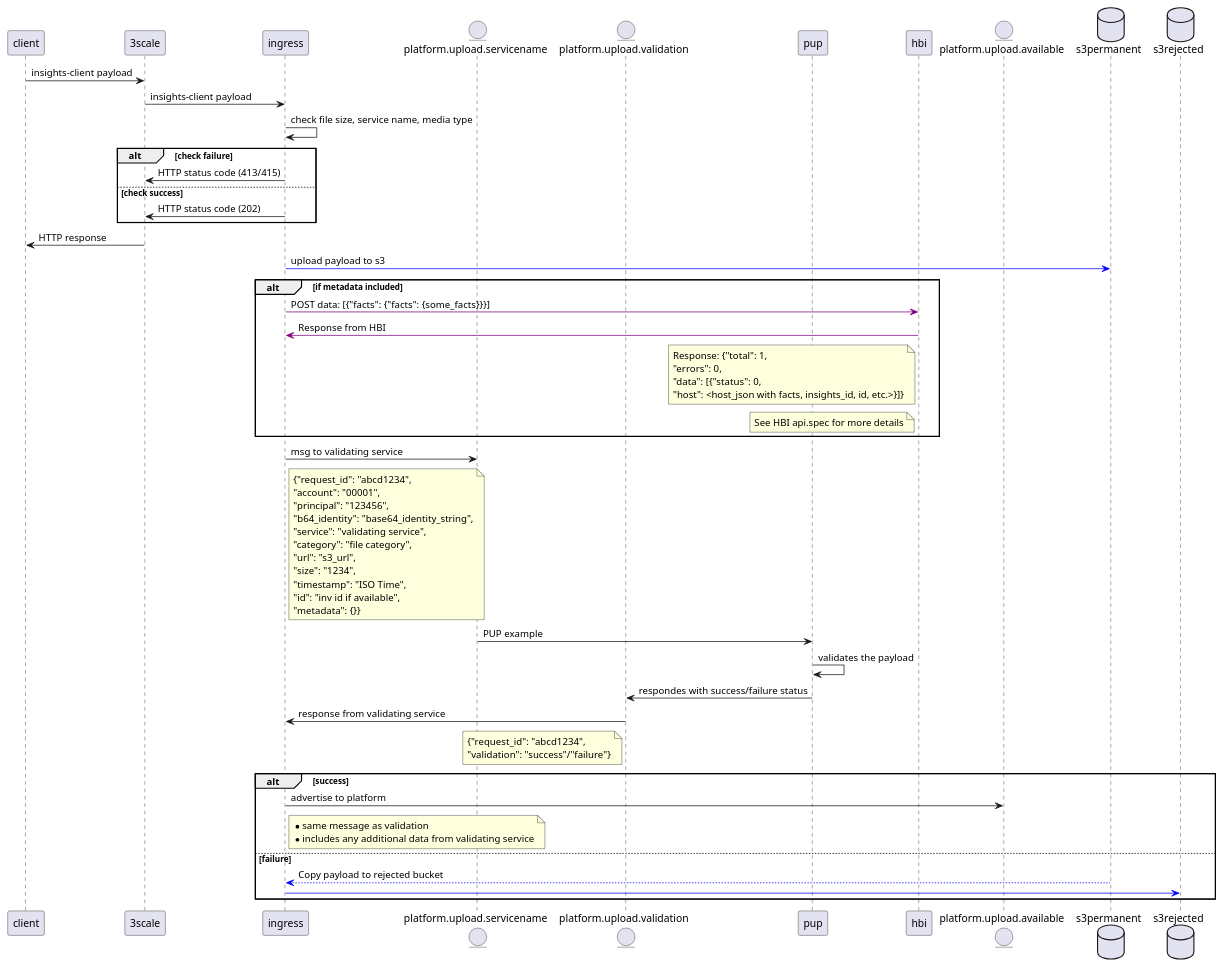
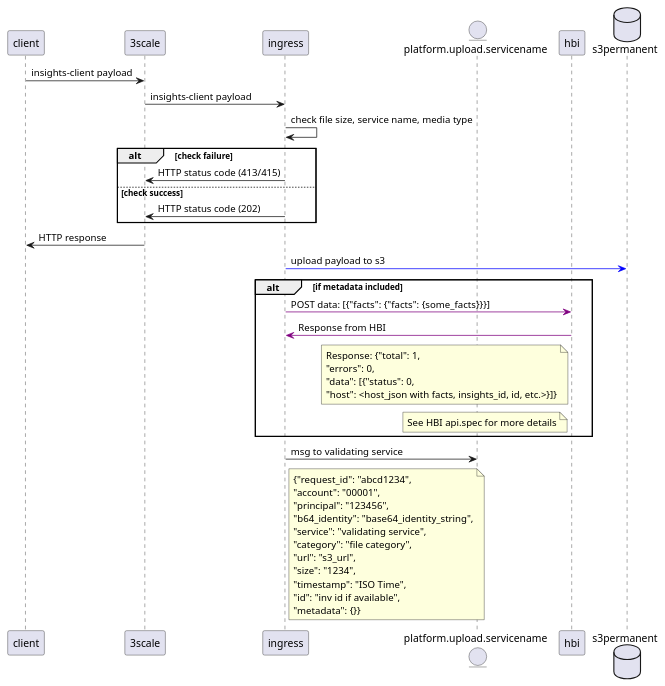
Before and after one commit to RedHatInsights/insights-ingress-go: the diagram in sequence.puml, drawn with PlantUML. The commit also changed 1 other file, not shown here.

Commit message:
Remove references to validation except where necessary
Now that ingress doesn't do validation steps, we needed to remove it
from the readme and sequence diagrams. Some references are in place
since this readme is the starting point for a lot of services
onboarding.

```diff
--- a/sequence.puml
+++ b/sequence.puml
@@ -1,42 +1,26 @@
 @startuml ingress
 participant client
 participant 3scale
 participant ingress
 entity platform.upload.servicename
-entity platform.upload.validation
-participant pup
 participant hbi
-entity platform.upload.available
 database s3permanent
-database s3rejected
 client->3scale: insights-client payload
 3scale->ingress: insights-client payload
 ingress->ingress: check file size, service name, media type
 alt check failure
     ingress->3scale: HTTP status code (413/415)
 else check success
     ingress->3scale: HTTP status code (202)
 end
 3scale->client: HTTP response
 ingress-[#blue]>s3permanent: upload payload to s3
 alt if metadata included
     ingress-[#purple]>hbi: POST data: [{"facts": {"facts": {some_facts}}}]
     hbi-[#purple]>ingress: Response from HBI
     Note left of hbi: Response: {"total": 1,\n"errors": 0,\n"data": [{"status": 0,\n"host": <host_json with facts, insights_id, id, etc.>}]}
     Note left of hbi: See HBI api.spec for more details
 end
 ingress->platform.upload.servicename: msg to validating service
 Note right of ingress: {"request_id": "abcd1234",\n"account": "00001",\n"principal": "123456",\n"b64_identity": "base64_identity_string",\n"service": "validating service",\n"category": "file category",\n"url": "s3_url",\n"size": "1234",\n"timestamp": "ISO Time",\n"id": "inv id if available",\n"metadata": {}}
-platform.upload.servicename->pup: PUP example
-pup->pup: validates the payload
-pup->platform.upload.validation: respondes with success/failure status
-platform.upload.validation->ingress: response from validating service
-Note left of platform.upload.validation: {"request_id": "abcd1234",\n"validation": "success"/"failure"}
-alt success
-    ingress->platform.upload.available: advertise to platform
-    Note right of ingress: *same message as validation\n*includes any additional data from validating service
-else failure
-    ingress<-[#blue]-s3permanent: Copy payload to rejected bucket
-    ingress-[#blue]>s3rejected
-end
 @enduml
```
